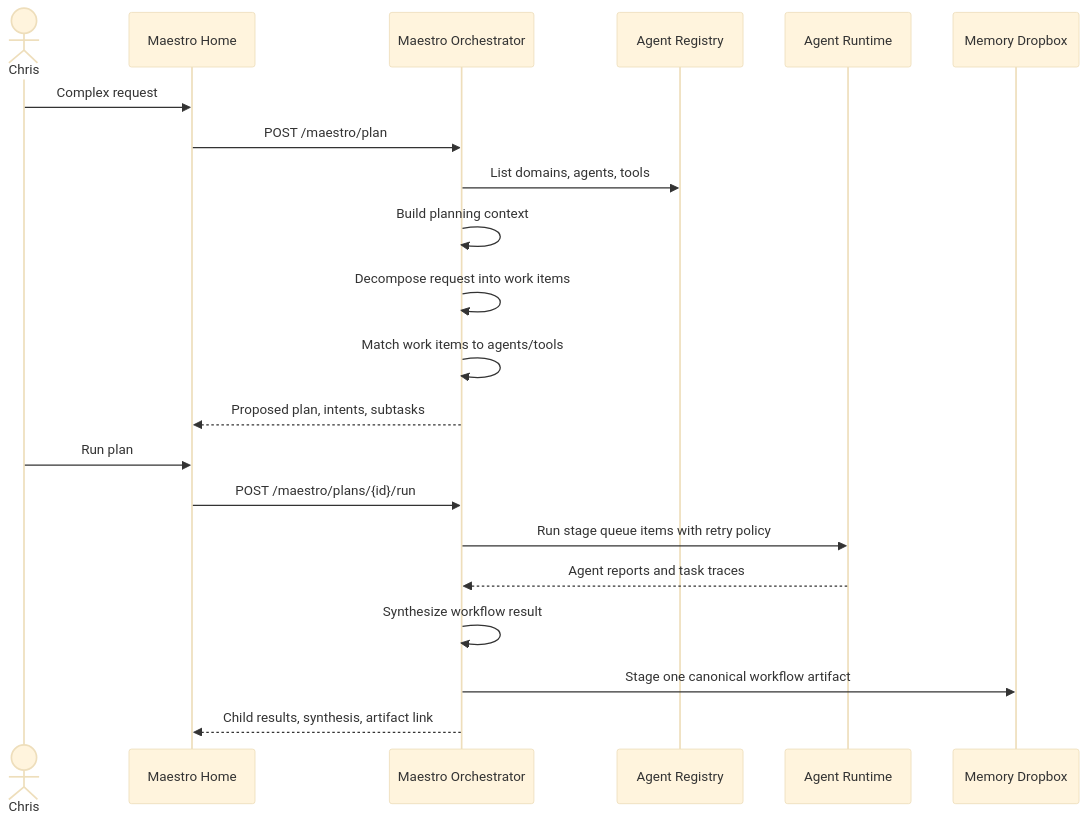
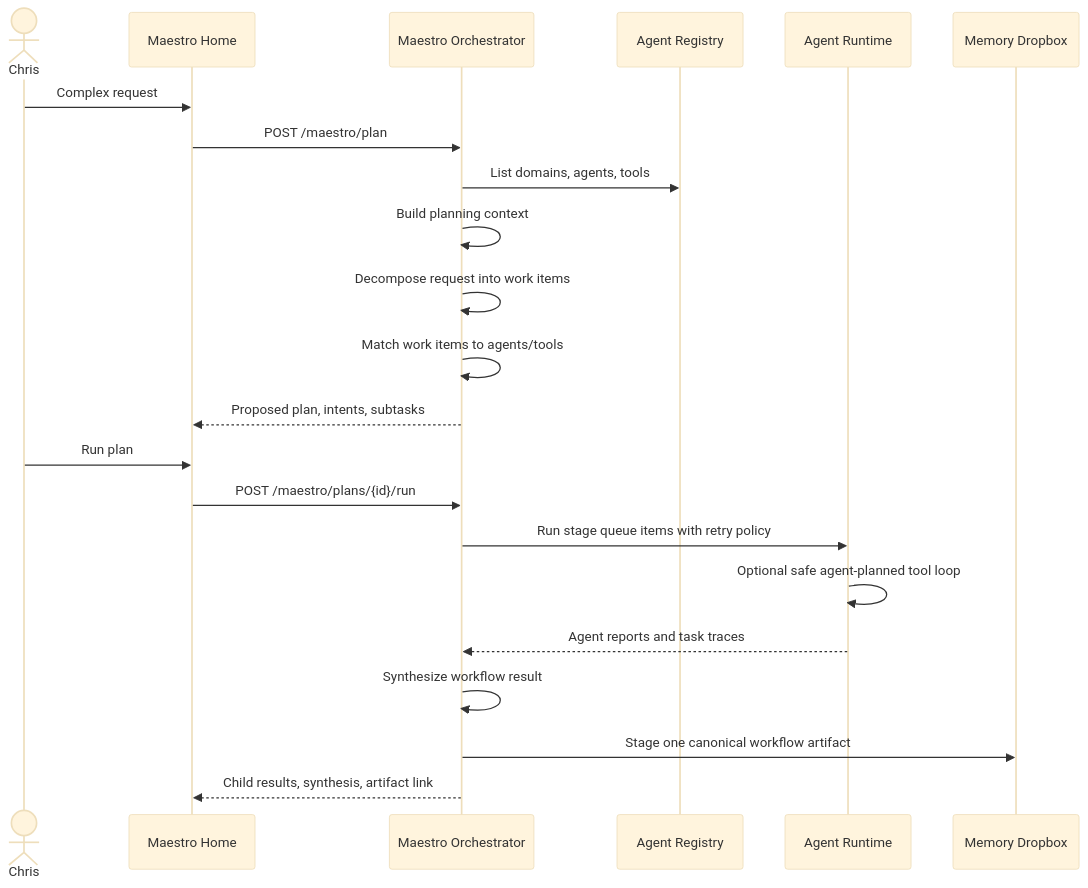
The diagram in docs/MAESTRO_ORCHESTRATOR.md (Caliperti1/Maestro), drawn with Mermaid (base theme) before and after one commit. The commit also changed other lines of this file and 10 other files, not shown here.

````diff
--- a/docs/MAESTRO_ORCHESTRATOR.md
+++ b/docs/MAESTRO_ORCHESTRATOR.md
@@ -9,24 +9,25 @@
 ```mermaid
 sequenceDiagram
     actor Chris
     participant UI as Maestro Home
     participant Orchestrator as Maestro Orchestrator
     participant Registry as Agent Registry
     participant Runtime as Agent Runtime
     participant Memory as Memory Dropbox
 
     Chris->>UI: Complex request
     UI->>Orchestrator: POST /maestro/plan
     Orchestrator->>Registry: List domains, agents, tools
     Orchestrator->>Orchestrator: Build planning context
     Orchestrator->>Orchestrator: Decompose request into work items
     Orchestrator->>Orchestrator: Match work items to agents/tools
     Orchestrator-->>UI: Proposed plan, intents, subtasks
     Chris->>UI: Run plan
     UI->>Orchestrator: POST /maestro/plans/{id}/run
     Orchestrator->>Runtime: Run stage queue items with retry policy
+    Runtime->>Runtime: Optional safe agent-planned tool loop
     Runtime-->>Orchestrator: Agent reports and task traces
     Orchestrator->>Orchestrator: Synthesize workflow result
     Orchestrator->>Memory: Stage one canonical workflow artifact
     Orchestrator-->>UI: Child results, synthesis, artifact link
 ```
````
